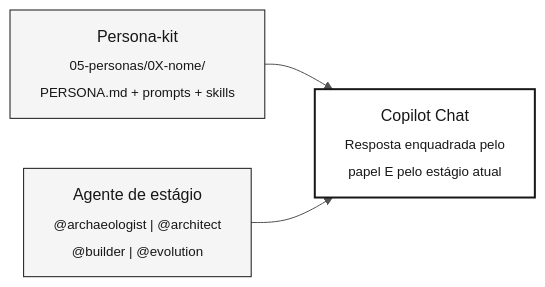
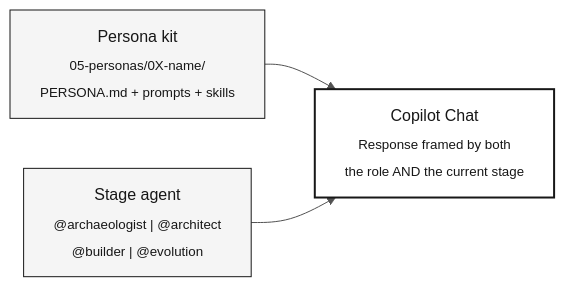
One commit to paulasilvatech/datacorp-mm-team-kit changed the diagram in 07-conceitos/02-agentes-e-personas.md. Above: the diagram before and after it, drawn with Mermaid. The commit also changed other lines of this file and 163 other files, not shown here.

````diff
--- a/07-conceitos/02-agentes-e-personas.md
+++ b/07-conceitos/02-agentes-e-personas.md
@@ -45,14 +45,14 @@
 ```mermaid
 %%{init: {'theme':'neutral','themeVariables':{'fontFamily':'ui-sans-serif, system-ui, sans-serif','primaryColor':'#F5F5F5','primaryTextColor':'#171717','primaryBorderColor':'#171717','lineColor':'#525252','secondaryColor':'#FFFFFF','tertiaryColor':'#FAFAFA','background':'#FFFFFF'}}}%%
 flowchart LR
     classDef step fill:#F5F5F5,stroke:#171717,color:#171717
     classDef result fill:#FFFFFF,stroke:#171717,color:#171717,stroke-width:2px
     classDef muted fill:#FAFAFA,stroke:#A3A3A3,color:#404040
 
-    P["Persona-kit<br/><sub>05-personas/0X-nome/<br/>PERSONA.md + prompts + skills</sub>"]:::step
-    A["Agente de estágio<br/><sub>@archaeologist | @architect<br/>@builder | @evolution</sub>"]:::step
-    C["Copilot Chat<br/><sub>Resposta enquadrada pelo<br/>papel E pelo estágio atual</sub>"]:::result
+    P["Persona kit<br/><sub>05-personas/0X-name/<br/>PERSONA.md + prompts + skills</sub>"]:::step
+    A["Stage agent<br/><sub>@archaeologist | @architect<br/>@builder | @evolution</sub>"]:::step
+    C["Copilot Chat<br/><sub>Response framed by both<br/>the role AND the current stage</sub>"]:::result
 
     P --> C
     A --> C
 ```
````
